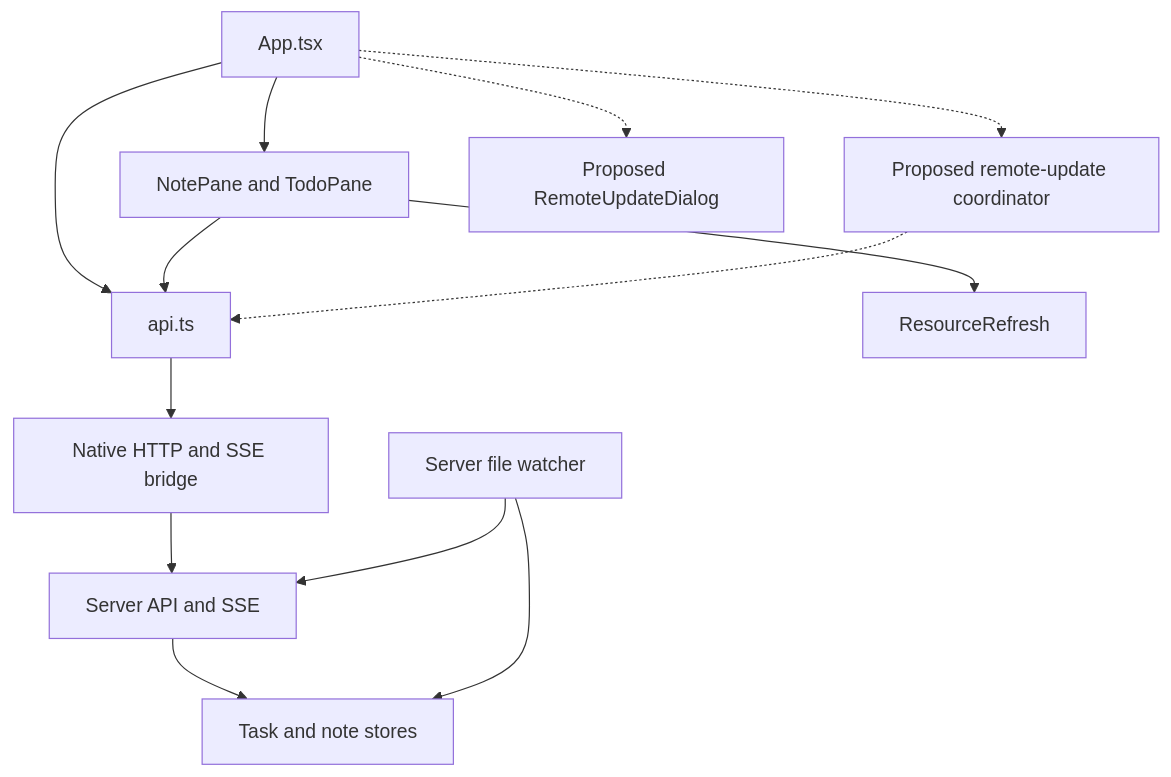
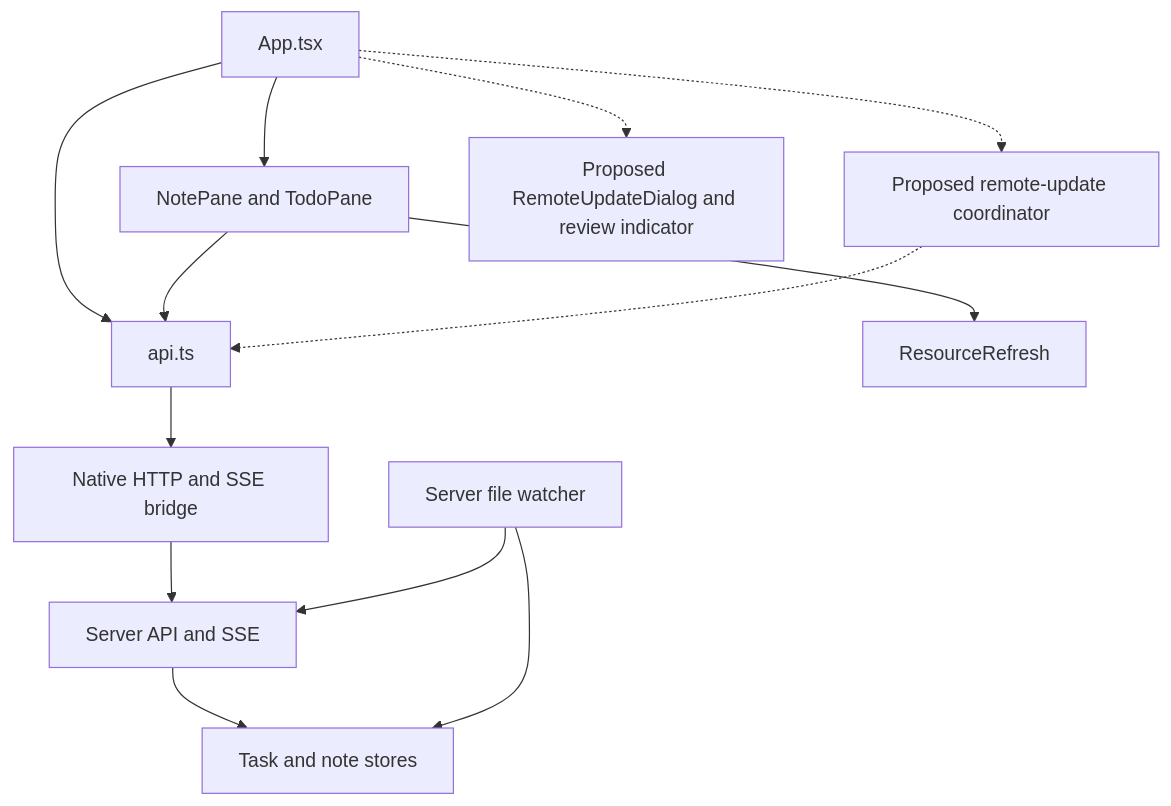
The diagram in tasks/23-live-update-notifications/3-plan-review.md (unskilled0218/ntr), drawn with Mermaid before and after one commit. The commit also changed other lines of this file and 1 other file, not shown here.

Commit message:
docs: approve revised remote update plan

````diff
--- a/tasks/23-live-update-notifications/3-plan-review.md
+++ b/tasks/23-live-update-notifications/3-plan-review.md
@@ -31,15 +31,15 @@
 ```mermaid
 graph TD
   App[App.tsx] --> Panes[NotePane and TodoPane]
   App --> API[api.ts]
   Panes --> API
   Panes --> Refresh[ResourceRefresh]
   App -.-> Coordinator[Proposed remote-update coordinator]
-  App -.-> Dialog[Proposed RemoteUpdateDialog]
+  App -.-> Dialog[Proposed RemoteUpdateDialog and review indicator]
   Coordinator -.-> API
   API --> Native[Native HTTP and SSE bridge]
   Native --> Server[Server API and SSE]
   Server --> Stores[Task and note stores]
   Watcher[Server file watcher] --> Stores
   Watcher --> Server
 ```
````
